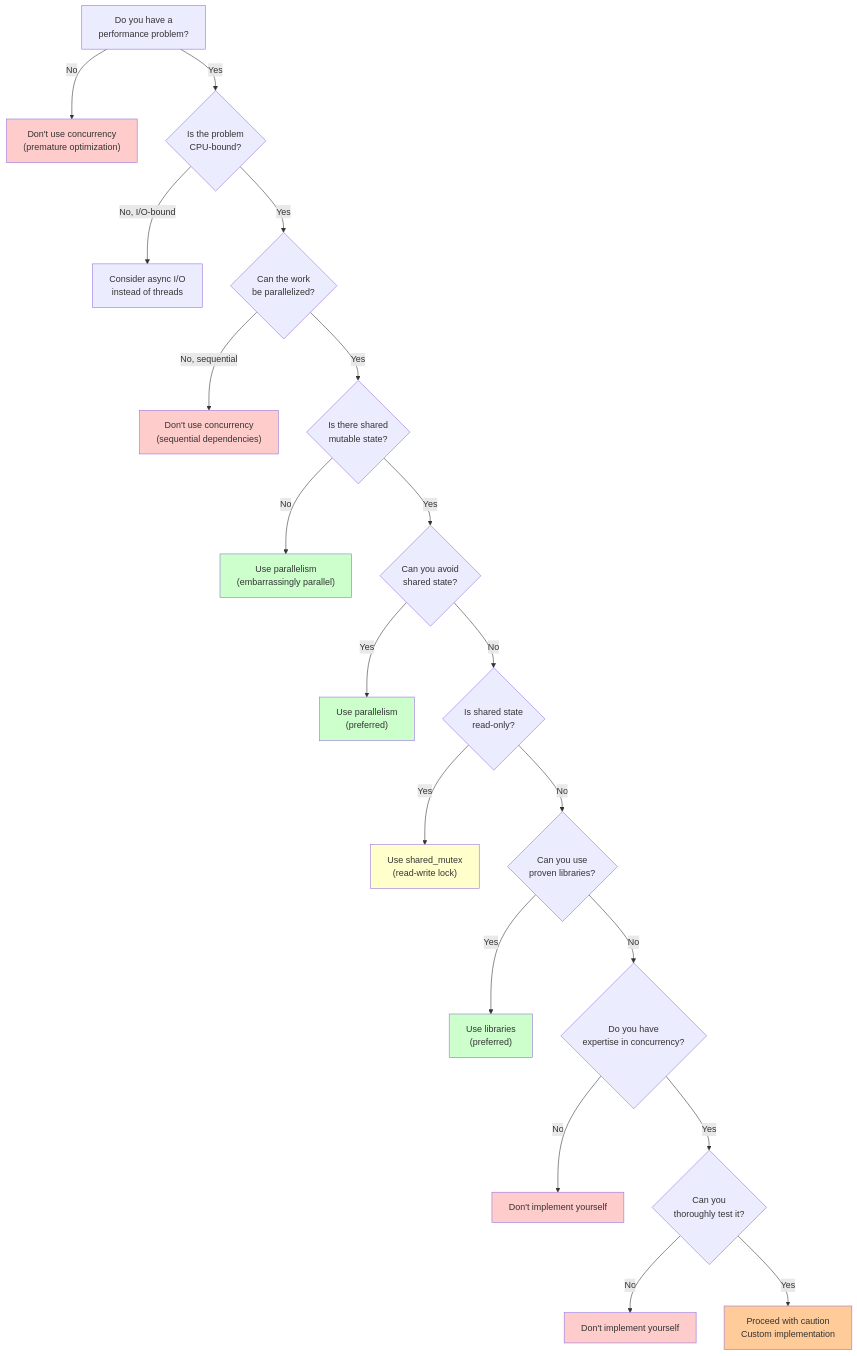
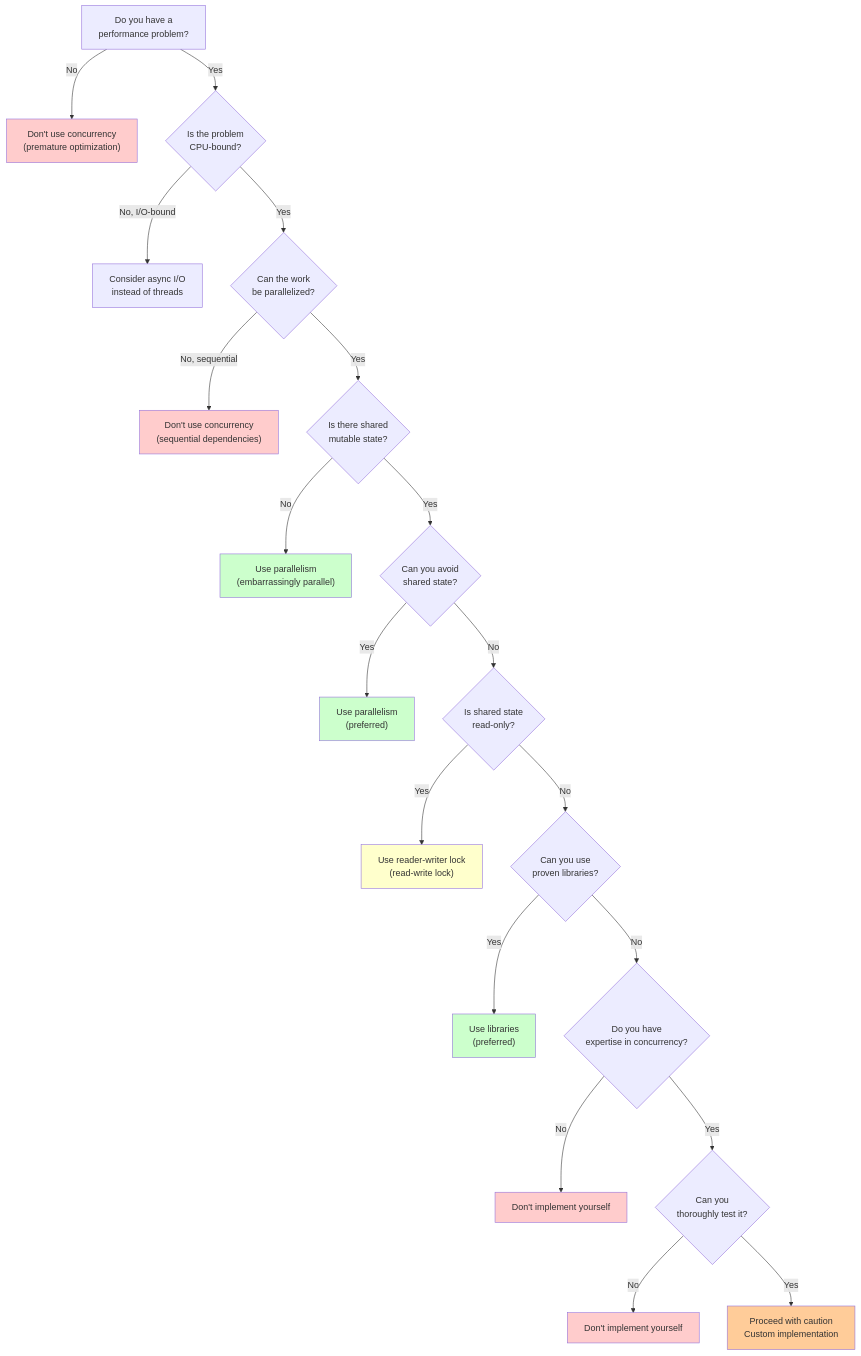
Before and after one commit to sb2k16/data-structures-book: the diagram in chapters/03.5-concurrency-fundamentals.md, drawn with Mermaid. The commit also changed other lines of this file, not shown here.

````diff
--- a/chapters/03.5-concurrency-fundamentals.md
+++ b/chapters/03.5-concurrency-fundamentals.md
@@ -925,39 +925,39 @@
 ```mermaid
 flowchart TD
     Start["Do you have a<br/>performance problem?"] -->|No| NoConcurrency["Don't use concurrency<br/>(premature optimization)"]
     Start -->|Yes| CPUBound{"Is the problem<br/>CPU-bound?"}
     
     CPUBound -->|No, I/O-bound| AsyncIO["Consider async I/O<br/>instead of threads"]
     CPUBound -->|Yes| Parallelizable{"Can the work<br/>be parallelized?"}
     
     Parallelizable -->|No, sequential| NoConcurrency2["Don't use concurrency<br/>(sequential dependencies)"]
     Parallelizable -->|Yes| SharedState{"Is there shared<br/>mutable state?"}
     
     SharedState -->|No| EmbarrassingParallel["Use parallelism<br/>(embarrassingly parallel)"]
     SharedState -->|Yes| AvoidShared{"Can you avoid<br/>shared state?"}
     
     AvoidShared -->|Yes| Parallelism["Use parallelism<br/>(preferred)"]
     AvoidShared -->|No| ReadOnly{"Is shared state<br/>read-only?"}
     
-    ReadOnly -->|Yes| SharedMutex["Use shared_mutex<br/>(read-write lock)"]
+    ReadOnly -->|Yes| SharedMutex["Use reader-writer lock<br/>(read-write lock)"]
     ReadOnly -->|No| UseLibraries{"Can you use<br/>proven libraries?"}
     
     UseLibraries -->|Yes| Libraries["Use libraries<br/>(preferred)"]
     UseLibraries -->|No| Expertise{"Do you have<br/>expertise in concurrency?"}
     
     Expertise -->|No| DontImplement["Don't implement yourself"]
     Expertise -->|Yes| TestThoroughly{"Can you<br/>thoroughly test it?"}
     
     TestThoroughly -->|No| DontImplement2["Don't implement yourself"]
     TestThoroughly -->|Yes| ProceedCaution["Proceed with caution<br/>Custom implementation"]
     
     style NoConcurrency fill:#ffcccc
     style NoConcurrency2 fill:#ffcccc
     style DontImplement fill:#ffcccc
     style DontImplement2 fill:#ffcccc
     style EmbarrassingParallel fill:#ccffcc
     style Parallelism fill:#ccffcc
     style Libraries fill:#ccffcc
     style SharedMutex fill:#ffffcc
     style ProceedCaution fill:#ffcc99
 ```
````
